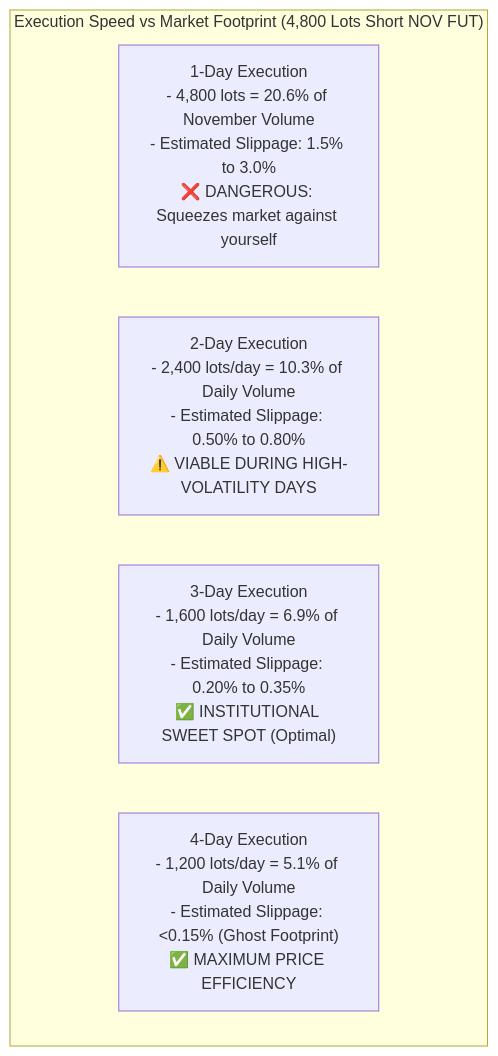
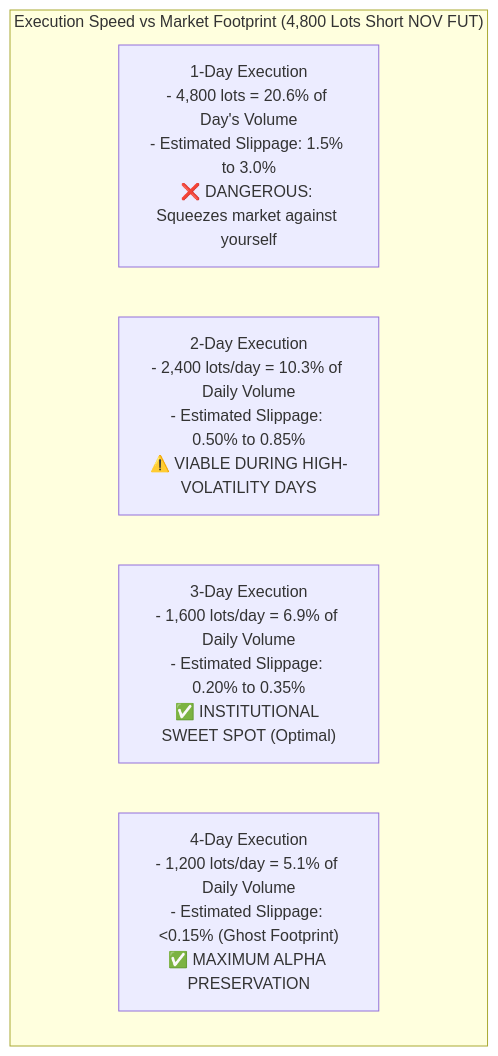
The tenth of 12 diagrams in models/execution_and_tax_validation_plan.md (yieldchaser/mcx-margins), drawn with Mermaid before and after one commit. The commit also changed other lines of this file, not shown here.

````diff
--- a/models/execution_and_tax_validation_plan.md
+++ b/models/execution_and_tax_validation_plan.md
@@ -119,9 +234,9 @@
 ```mermaid
 flowchart TD
-    subgraph ExecutionDecision["Execution Speed vs Market Footprint (4,800 Lots Short NOV FUT)"]
-        D1["1-Day Execution\n- 4,800 lots = 20.6% of November Volume\n- Estimated Slippage: 1.5% to 3.0%\n❌ DANGEROUS: Squeezes market against yourself"]
-        D2["2-Day Execution\n- 2,400 lots/day = 10.3% of Daily Volume\n- Estimated Slippage: 0.50% to 0.80%\n⚠️ VIABLE DURING HIGH-VOLATILITY DAYS"]
+    subgraph ExecutionSlippage["Execution Speed vs Market Footprint (4,800 Lots Short NOV FUT)"]
+        D1["1-Day Execution\n- 4,800 lots = 20.6% of Day's Volume\n- Estimated Slippage: 1.5% to 3.0%\n❌ DANGEROUS: Squeezes market against yourself"]
+        D2["2-Day Execution\n- 2,400 lots/day = 10.3% of Daily Volume\n- Estimated Slippage: 0.50% to 0.85%\n⚠️ VIABLE DURING HIGH-VOLATILITY DAYS"]
         D3["3-Day Execution\n- 1,600 lots/day = 6.9% of Daily Volume\n- Estimated Slippage: 0.20% to 0.35%\n✅ INSTITUTIONAL SWEET SPOT (Optimal)"]
-        D4["4-Day Execution\n- 1,200 lots/day = 5.1% of Daily Volume\n- Estimated Slippage: <0.15% (Ghost Footprint)\n✅ MAXIMUM PRICE EFFICIENCY"]
+        D4["4-Day Execution\n- 1,200 lots/day = 5.1% of Daily Volume\n- Estimated Slippage: <0.15% (Ghost Footprint)\n✅ MAXIMUM ALPHA PRESERVATION"]
     end
 ```
````
